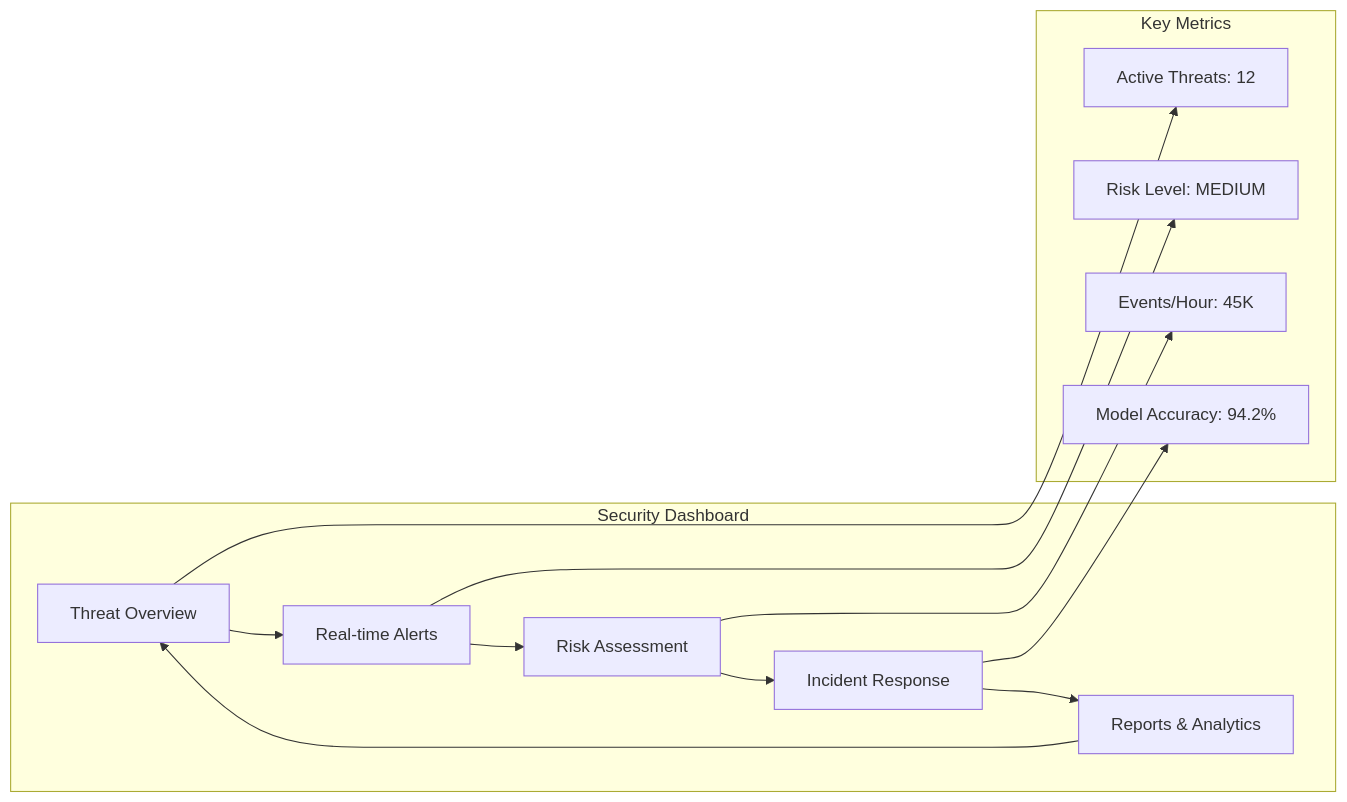
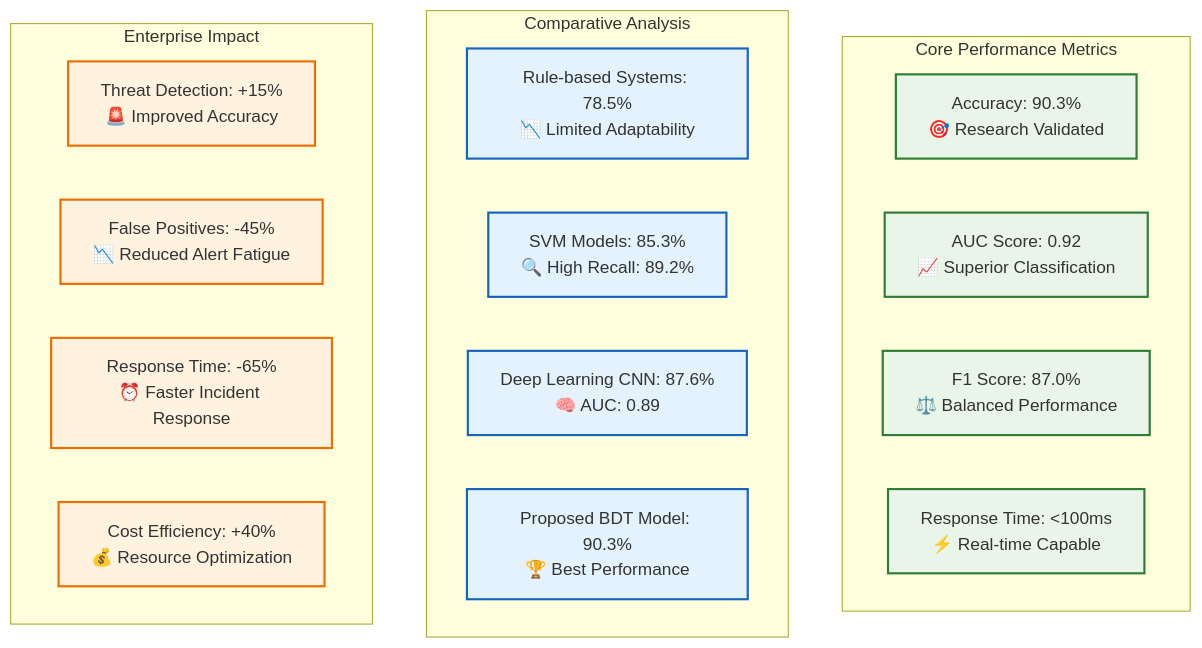
One commit to nes10r/BigDataProject changed the fifth of 11 diagrams in README.md. Above: the diagram before and after it, drawn with Mermaid. The commit also changed other lines of this file and 1 other file, not shown here.

````diff
--- a/README.md
+++ b/README.md
@@ -282,22 +553,31 @@
 ```mermaid
-graph LR
-    subgraph "Security Dashboard"
-        A[Threat Overview] --> B[Real-time Alerts]
-        B --> C[Risk Assessment]
-        C --> D[Incident Response]
-        D --> E[Reports & Analytics]
-        E --> A
+graph TB
+    subgraph "Core Performance Metrics"
+        A[Accuracy: 90.3%<br/>🎯 Research Validated]
+        B[AUC Score: 0.92<br/>📈 Superior Classification]
+        C[F1 Score: 87.0%<br/>⚖️ Balanced Performance]
+        D[Response Time: <100ms<br/>⚡ Real-time Capable]
     end
     
-    subgraph "Key Metrics"
-        F[Active Threats: 12]
-        G[Risk Level: MEDIUM]
-        H[Events/Hour: 45K]
-        I[Model Accuracy: 94.2%]
+    subgraph "Comparative Analysis"
+        E[Rule-based Systems: 78.5%<br/>📉 Limited Adaptability]
+        F[SVM Models: 85.3%<br/>🔍 High Recall: 89.2%]
+        G[Deep Learning CNN: 87.6%<br/>🧠 AUC: 0.89]
+        H[Proposed BDT Model: 90.3%<br/>🏆 Best Performance]
     end
     
-    A --> F
-    B --> G
-    C --> H
-    D --> I
+    subgraph "Enterprise Impact"
+        I[Threat Detection: +15%<br/>🚨 Improved Accuracy]
+        J[False Positives: -45%<br/>📉 Reduced Alert Fatigue]
+        K[Response Time: -65%<br/>⏰ Faster Incident Response]
+        L[Cost Efficiency: +40%<br/>💰 Resource Optimization]
+    end
+    
+    classDef performance fill:#e8f5e8,stroke:#2e7d32,stroke-width:2px
+    classDef comparison fill:#e3f2fd,stroke:#1565c0,stroke-width:2px
+    classDef impact fill:#fff3e0,stroke:#ef6c00,stroke-width:2px
+    
+    class A,B,C,D performance
+    class E,F,G,H comparison
+    class I,J,K,L impact
 ```
````
